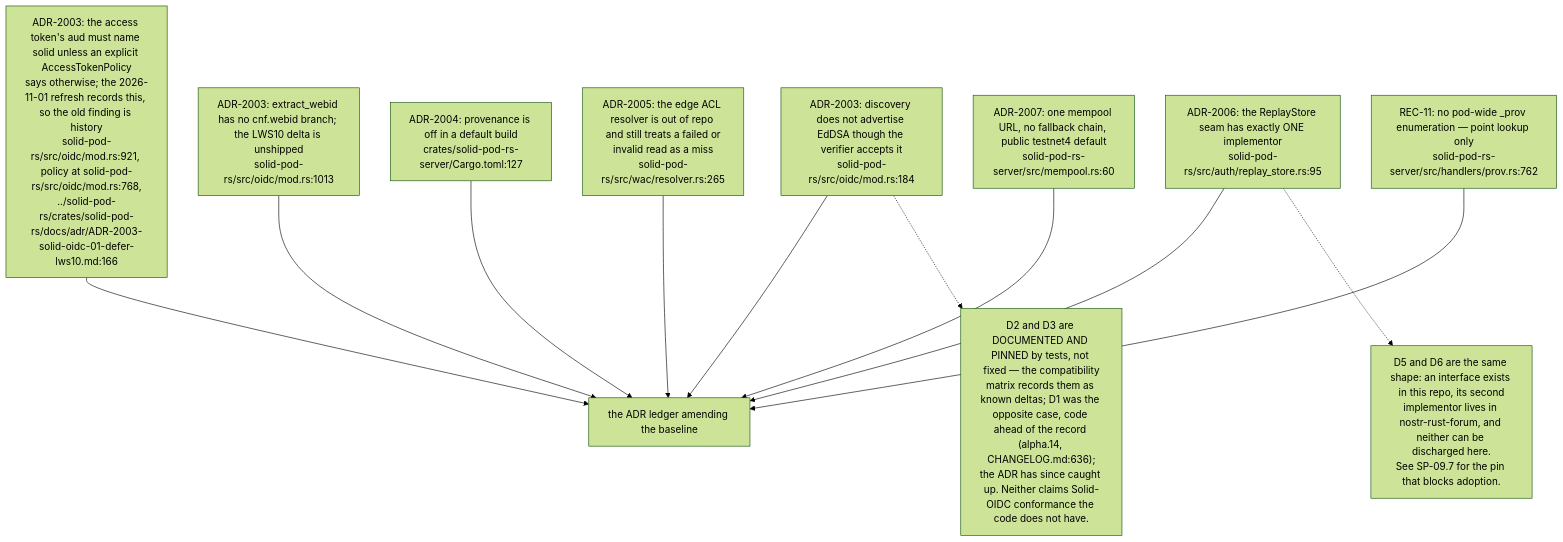
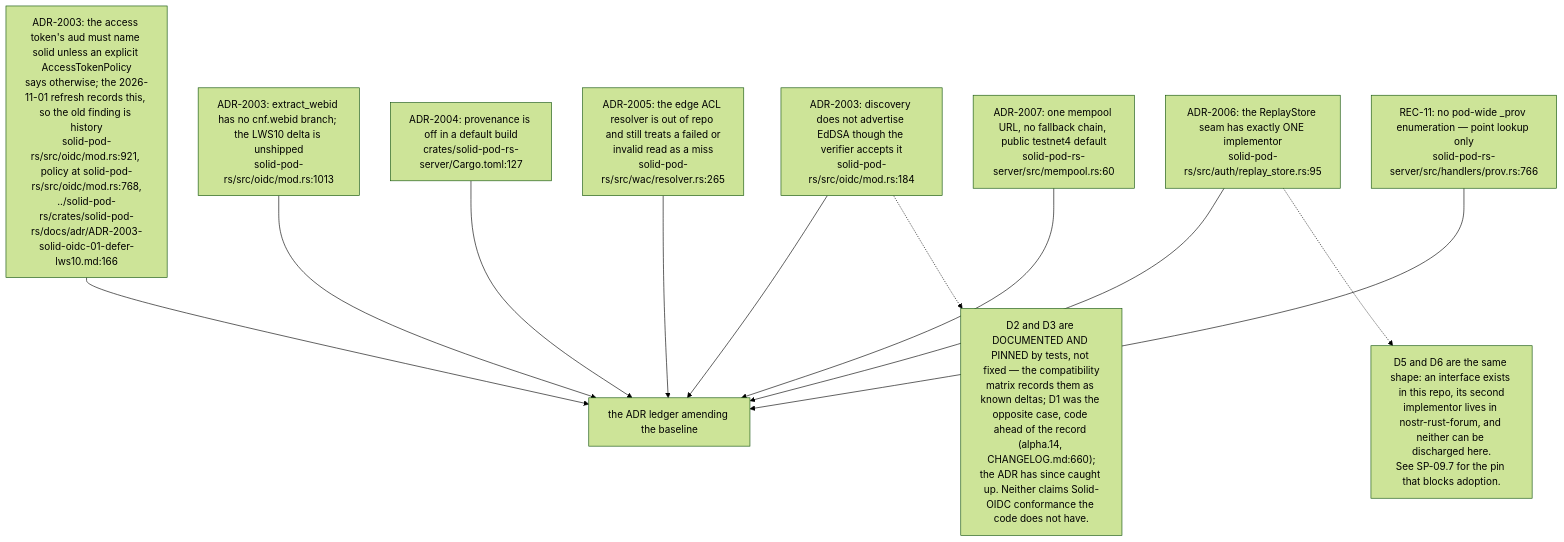
Before and after one commit to DreamLab-AI/VisionFlow: the sixth of 12 diagrams in docs/diagrams/solid-pod-rs/10-failure-modes-and-invariants.md, drawn with Mermaid (forest theme). The commit also changed other lines of this file and 48 other files, not shown here.

Commit message:
docs: reconcile estate repairs and first diagram refresh batch

````diff
--- a/docs/diagrams/solid-pod-rs/10-failure-modes-and-invariants.md
+++ b/docs/diagrams/solid-pod-rs/10-failure-modes-and-invariants.md
@@ -195,25 +195,25 @@
 ```mermaid
 flowchart TD
     D1["ADR-2003: the access token's aud must name solid unless an explicit AccessTokenPolicy<br/>says otherwise; the 2026-11-01 refresh records this, so the old finding is history<br/>solid-pod-rs/src/oidc/mod.rs:921, policy at solid-pod-rs/src/oidc/mod.rs:768,<br/>../solid-pod-rs/crates/solid-pod-rs/docs/adr/ADR-2003-solid-oidc-01-defer-lws10.md:166"]
     D2["ADR-2003: extract_webid has no cnf.webid branch; the LWS10 delta is unshipped<br/>solid-pod-rs/src/oidc/mod.rs:1013"]
     D3["ADR-2003: discovery does not advertise EdDSA though the verifier accepts it<br/>solid-pod-rs/src/oidc/mod.rs:184"]
     D4["ADR-2004: provenance is off in a default build<br/>crates/solid-pod-rs-server/Cargo.toml:127"]
     D5["ADR-2005: the edge ACL resolver is out of repo and still treats a failed or<br/>invalid read as a miss<br/>solid-pod-rs/src/wac/resolver.rs:265"]
     D6["ADR-2006: the ReplayStore seam has exactly ONE implementor<br/>solid-pod-rs/src/auth/replay_store.rs:95"]
     D7["ADR-2007: one mempool URL, no fallback chain, public testnet4 default<br/>solid-pod-rs-server/src/mempool.rs:60"]
-    D8["REC-11: no pod-wide _prov enumeration — point lookup only<br/>solid-pod-rs-server/src/handlers/prov.rs:762"]
+    D8["REC-11: no pod-wide _prov enumeration — point lookup only<br/>solid-pod-rs-server/src/handlers/prov.rs:766"]
 
     D1 --> LEDGER["the ADR ledger amending the baseline"]
     D2 --> LEDGER
     D3 --> LEDGER
     D4 --> LEDGER
     D5 --> LEDGER
     D6 --> LEDGER
     D7 --> LEDGER
     D8 --> LEDGER
 
-    N["D2 and D3 are DOCUMENTED AND PINNED by tests, not fixed — the compatibility<br/>matrix records them as known deltas; D1 was the opposite case, code ahead of the record (alpha.14, CHANGELOG.md:636);<br/>the ADR has since caught up. Neither claims Solid-OIDC conformance the code does not have."]
+    N["D2 and D3 are DOCUMENTED AND PINNED by tests, not fixed — the compatibility<br/>matrix records them as known deltas; D1 was the opposite case, code ahead of the record (alpha.14, CHANGELOG.md:660);<br/>the ADR has since caught up. Neither claims Solid-OIDC conformance the code does not have."]
     D3 -.-> N
     N2["D5 and D6 are the same shape: an interface exists in this repo, its second<br/>implementor lives in nostr-rust-forum, and neither can be discharged here.<br/>See SP-09.7 for the pin that blocks adoption."]
     D6 -.-> N2
 ```
````
